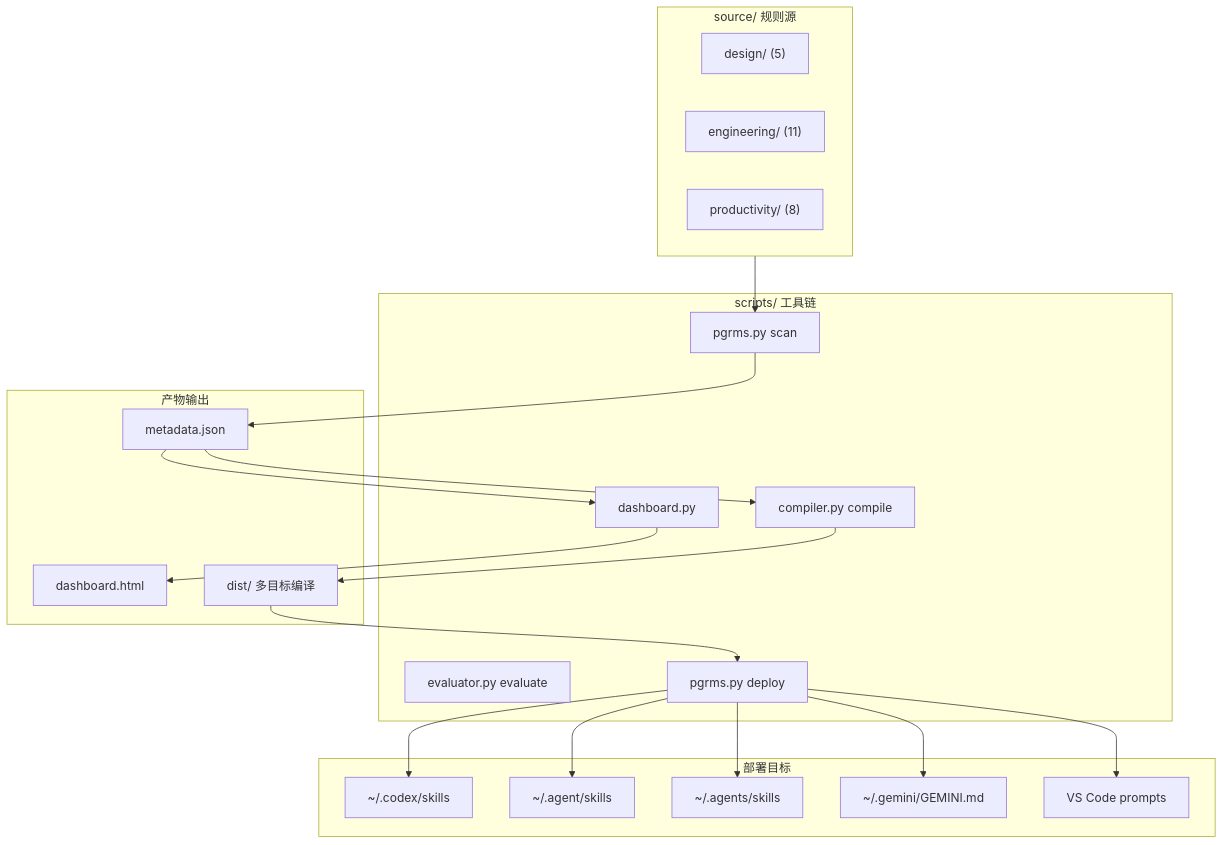
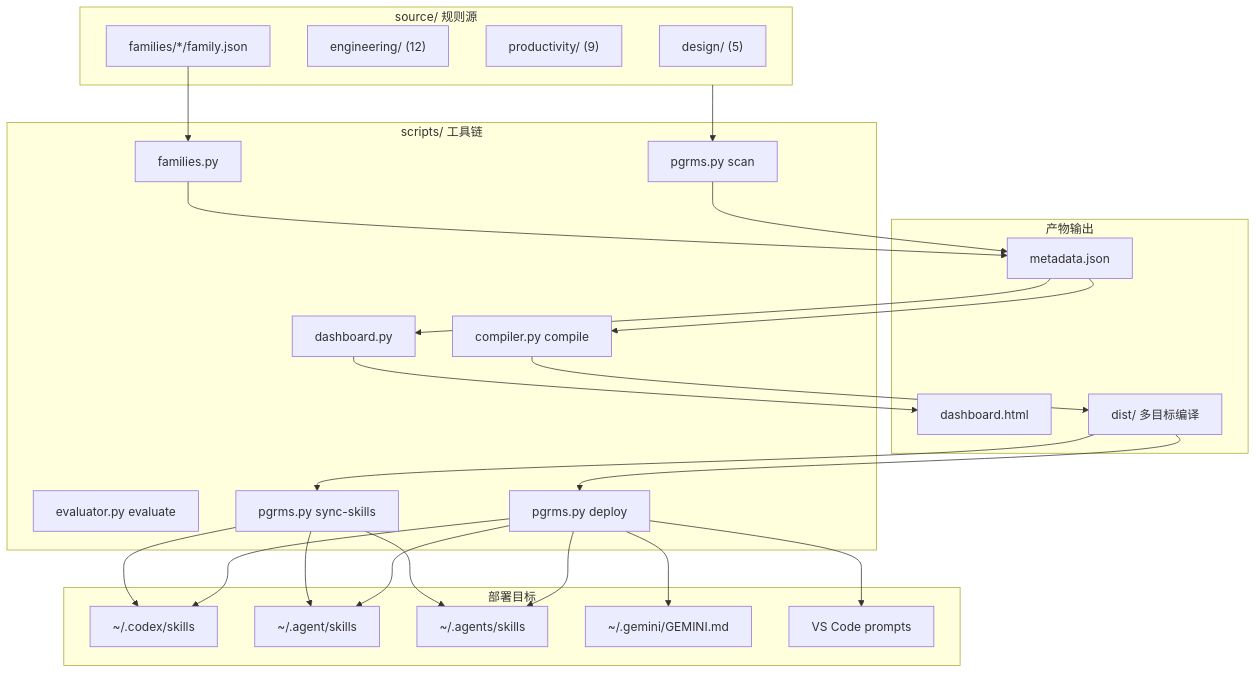
One commit to cr20085361/my_ai_skills changed the first of 4 diagrams in README.md. Above: the diagram before and after it, drawn with Mermaid. The commit also changed other lines of this file and 30 other files, not shown here.

````diff
--- a/README.md
+++ b/README.md
@@ -15,40 +15,48 @@
 ```mermaid
 graph TB
     subgraph SRC["source/ 规则源"]
         D["design/ (5)"]
-        E["engineering/ (11)"]
-        P["productivity/ (8)"]
+        E["engineering/ (12)"]
+        P["productivity/ (9)"]
+        F["families/*/family.json"]
     end
 
     subgraph TOOLCHAIN["scripts/ 工具链"]
         SCAN["pgrms.py scan"]
         COMPILE["compiler.py compile"]
         EVAL["evaluator.py evaluate"]
         DEPLOY["pgrms.py deploy"]
+        SYNC["pgrms.py sync-skills"]
+        FAMILY["families.py"]
         DASH["dashboard.py"]
     end
 
     subgraph OUTPUT["产物输出"]
         META["metadata.json"]
         BOARD["dashboard.html"]
         DIST["dist/ 多目标编译"]
     end
 
     subgraph TARGETS["部署目标"]
         CODEX["~/.codex/skills"]
         AGENT["~/.agent/skills"]
         AGENTS["~/.agents/skills"]
         GEMINI["~/.gemini/GEMINI.md"]
         VSCODE["VS Code prompts"]
     end
 
     SRC --> SCAN --> META
+    F --> FAMILY --> META
     META --> COMPILE --> DIST
     META --> DASH --> BOARD
     DIST --> DEPLOY
+    DIST --> SYNC
     DEPLOY --> CODEX
     DEPLOY --> AGENT
     DEPLOY --> AGENTS
     DEPLOY --> GEMINI
     DEPLOY --> VSCODE
+    SYNC --> CODEX
+    SYNC --> AGENT
+    SYNC --> AGENTS
 ```
````
